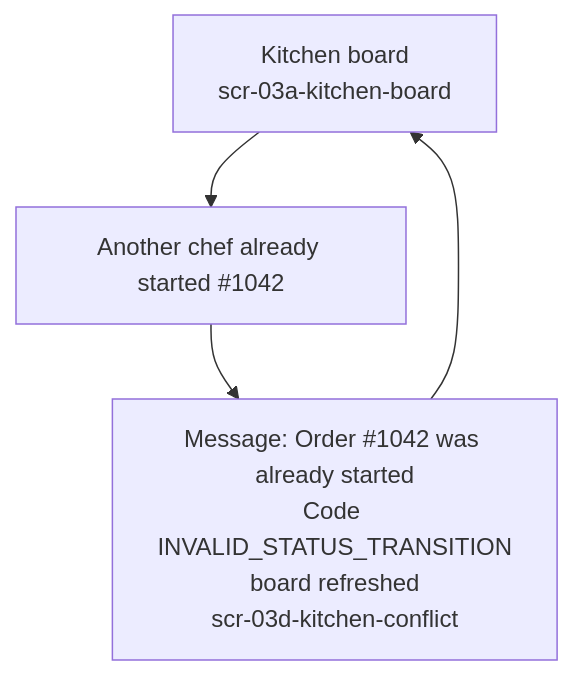
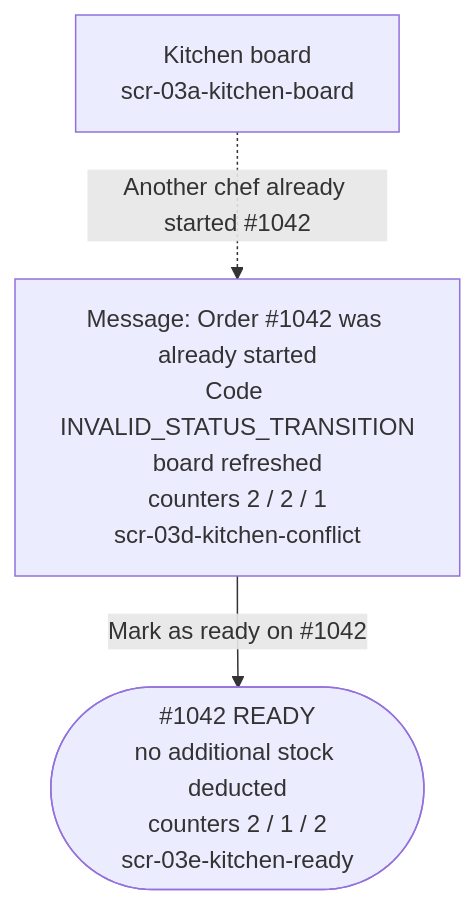
The fifth of 9 diagrams in docs/ui-ux/user-flows.md (seng321-7th-team/PantryChef), drawn with Mermaid before and after one commit. The commit also changed other lines of this file, not shown here.

First line of the commit message:
Add Ready target and #1042 demo path to the Chef flows (#52)

````diff
--- a/docs/ui-ux/user-flows.md
+++ b/docs/ui-ux/user-flows.md
@@ -104,6 +111,5 @@
 ```mermaid
 flowchart TD
-    A[Kitchen board<br/>scr-03a-kitchen-board] --> B[Another chef already started #1042]
-    B --> C[Message: Order #1042 was already started<br/>Code INVALID_STATUS_TRANSITION<br/>board refreshed<br/>scr-03d-kitchen-conflict]
-    C --> A
+    A[Kitchen board<br/>scr-03a-kitchen-board] -.->|Another chef already started #1042| B[Message: Order #1042 was already started<br/>Code INVALID_STATUS_TRANSITION<br/>board refreshed<br/>counters 2 / 2 / 1<br/>scr-03d-kitchen-conflict]
+    B -->|Mark as ready on #1042| C([#1042 READY<br/>no additional stock deducted<br/>counters 2 / 1 / 2<br/>scr-03e-kitchen-ready])
 ```
````
